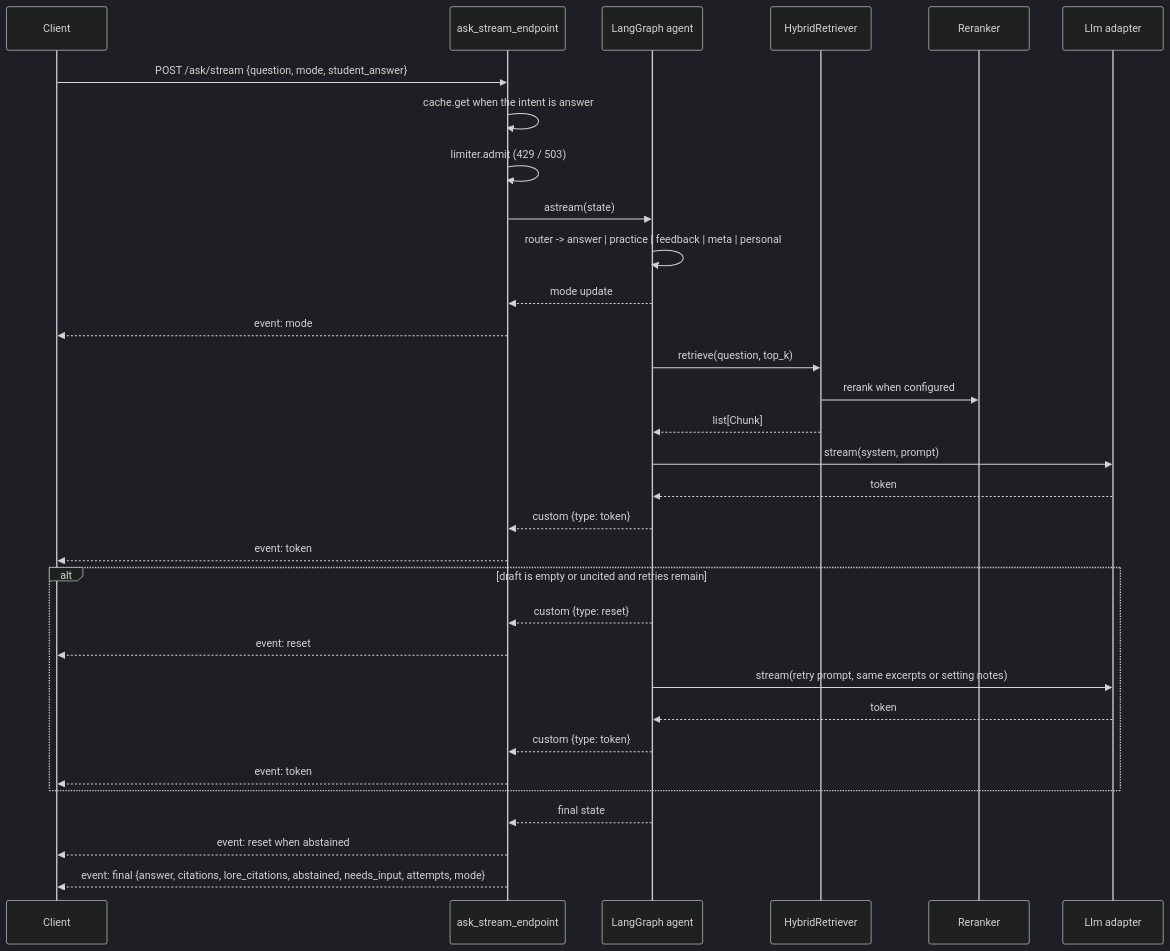
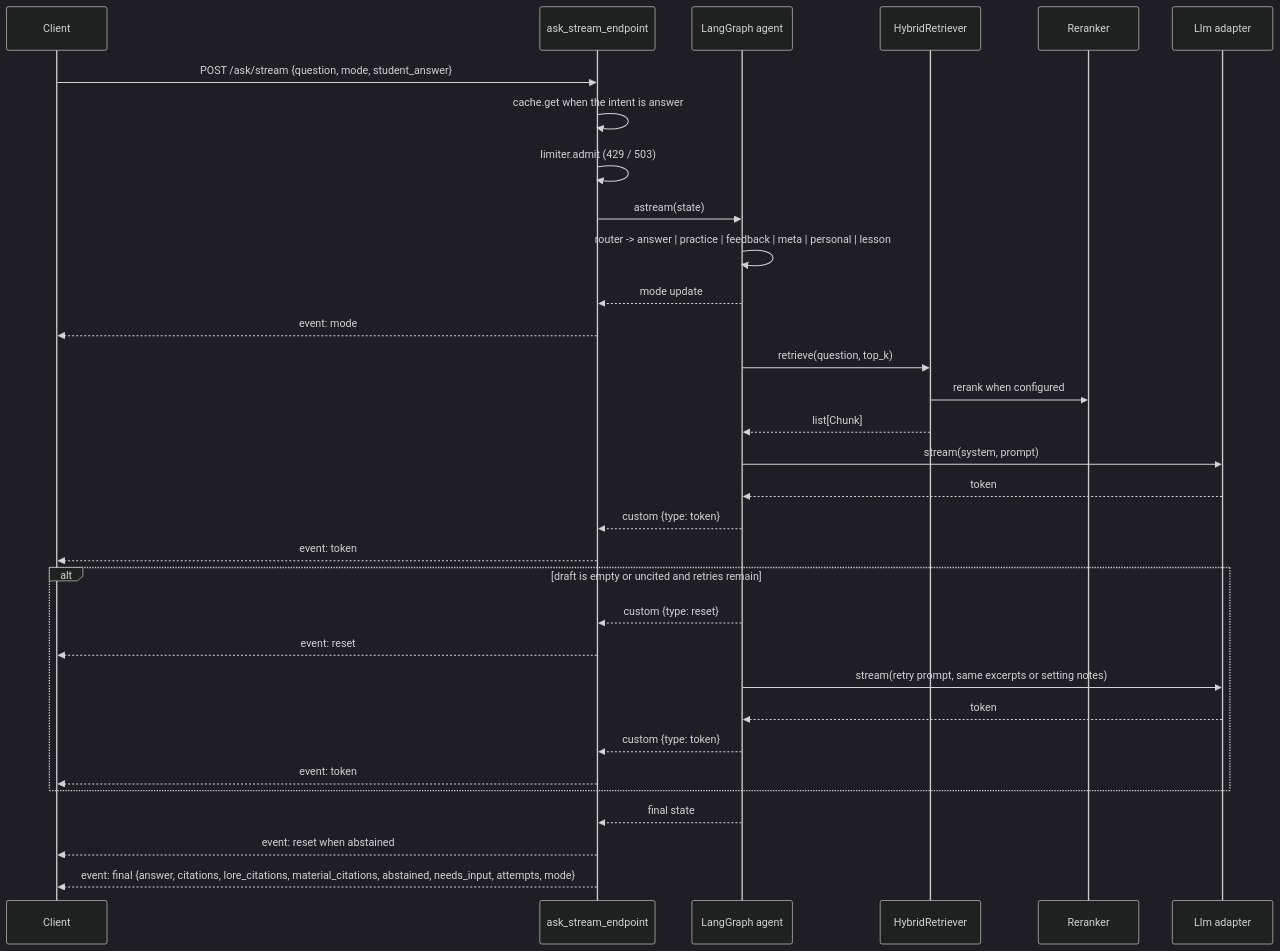
The fifth of 6 diagrams in docs/architecture.md (monitus2022/owl-online), drawn with Mermaid (dark theme) before and after one commit. The commit also changed other lines of this file and 14 other files, not shown here.

````diff
--- a/docs/architecture.md
+++ b/docs/architecture.md
@@ -344,35 +344,35 @@
 ```mermaid
 sequenceDiagram
   participant C as Client
   participant API as ask_stream_endpoint
   participant G as LangGraph agent
   participant R as HybridRetriever
   participant RR as Reranker
   participant LLM as Llm adapter
 
   C->>API: POST /ask/stream {question, mode, student_answer}
   API->>API: cache.get when the intent is answer
   API->>API: limiter.admit (429 / 503)
   API->>G: astream(state)
-  G->>G: router -> answer | practice | feedback | meta | personal
+  G->>G: router -> answer | practice | feedback | meta | personal | lesson
   G-->>API: mode update
   API-->>C: event: mode
   G->>R: retrieve(question, top_k)
   R->>RR: rerank when configured
   R-->>G: list[Chunk]
   G->>LLM: stream(system, prompt)
   LLM-->>G: token
   G-->>API: custom {type: token}
   API-->>C: event: token
   alt draft is empty or uncited and retries remain
     G-->>API: custom {type: reset}
     API-->>C: event: reset
     G->>LLM: stream(retry prompt, same excerpts or setting notes)
     LLM-->>G: token
     G-->>API: custom {type: token}
     API-->>C: event: token
   end
   G-->>API: final state
   API-->>C: event: reset when abstained
-  API-->>C: event: final {answer, citations, lore_citations, abstained, needs_input, attempts, mode}
+  API-->>C: event: final {answer, citations, lore_citations, material_citations, abstained, needs_input, attempts, mode}
 ```
````
